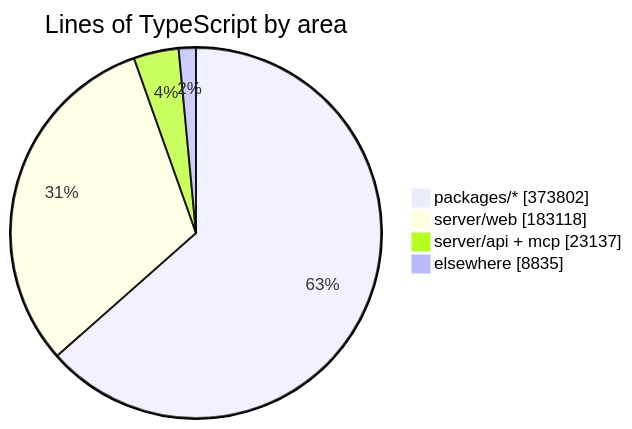
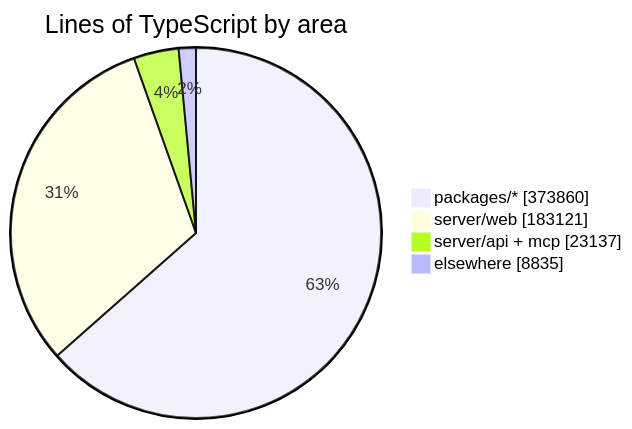
Before and after one commit to crossworks-engineering/mantle: the diagram in README.md, drawn with Mermaid. The commit also changed other lines of this file and 2 other files, not shown here.

````diff
--- a/README.md
+++ b/README.md
@@ -294,7 +294,7 @@
 ```mermaid
 pie showData title Lines of TypeScript by area
-    "packages/*" : 373802
-    "server/web" : 183118
+    "packages/*" : 373860
+    "server/web" : 183121
     "server/api + mcp" : 23137
     "elsewhere" : 8835
 ```
````
